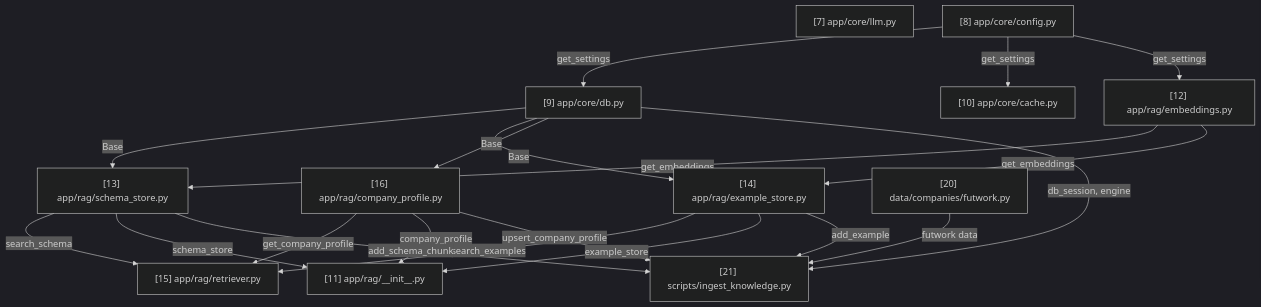
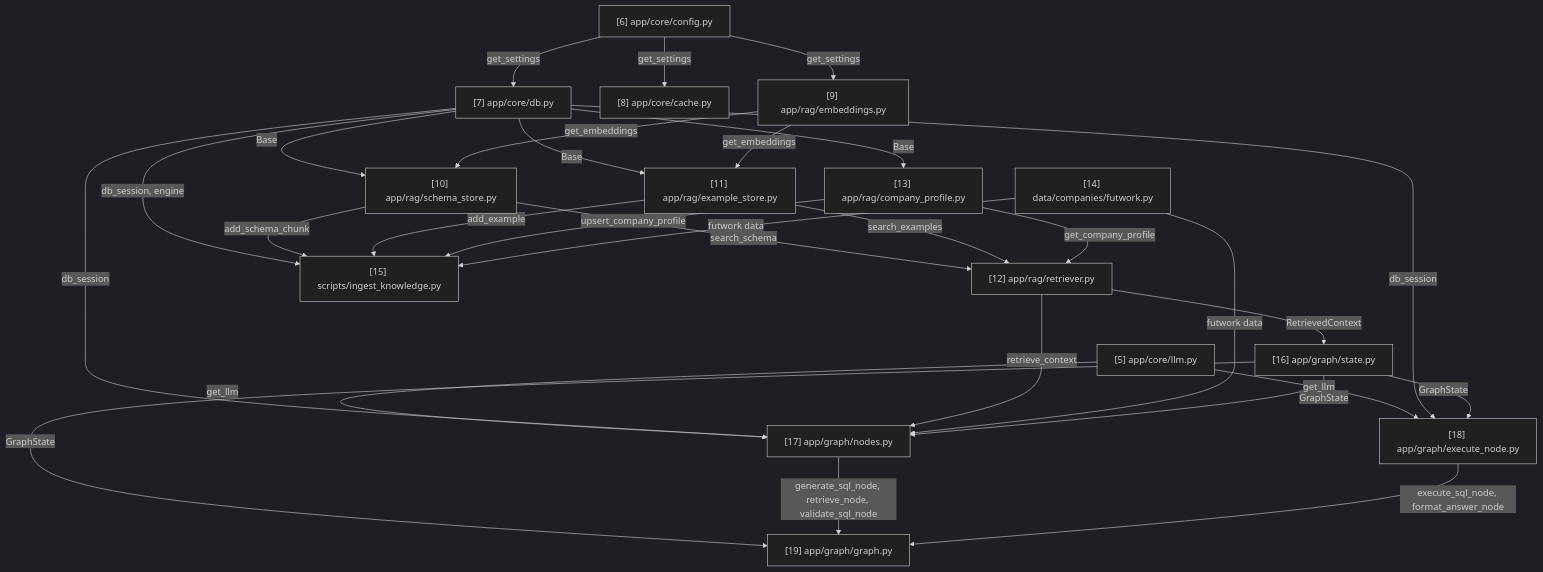
Before and after one commit to viplav-artha/rag-text-to-sql: the diagram in NOTES.md, drawn with Mermaid (dark theme). The commit also changed other lines of this file and 1 other file, not shown here.

````diff
--- a/NOTES.md
+++ b/NOTES.md
@@ -103,34 +102,46 @@
 ```mermaid
 graph TD
-    n1["[7] app/core/llm.py"]
-    n2["[8] app/core/config.py"]
-    n3["[9] app/core/db.py"]
+    n1["[5] app/core/llm.py"]
+    n2["[6] app/core/config.py"]
+    n3["[7] app/core/db.py"]
     n2 -->|get_settings| n3
-    n4["[10] app/core/cache.py"]
+    n4["[8] app/core/cache.py"]
     n2 -->|get_settings| n4
-    n5["[12] app/rag/embeddings.py"]
+    n5["[9] app/rag/embeddings.py"]
     n2 -->|get_settings| n5
-    n6["[13] app/rag/schema_store.py"]
+    n6["[10] app/rag/schema_store.py"]
     n3 -->|Base| n6
     n5 -->|get_embeddings| n6
-    n7["[14] app/rag/example_store.py"]
+    n7["[11] app/rag/example_store.py"]
     n3 -->|Base| n7
     n5 -->|get_embeddings| n7
-    n8["[15] app/rag/retriever.py"]
+    n8["[12] app/rag/retriever.py"]
     n6 -->|search_schema| n8
     n7 -->|search_examples| n8
-    n9["[16] app/rag/company_profile.py"]
+    n9["[13] app/rag/company_profile.py"]
     n3 -->|Base| n9
     n9 -->|get_company_profile| n8
-    n10["[11] app/rag/__init__.py"]
-    n9 -->|company_profile| n10
-    n7 -->|example_store| n10
-    n6 -->|schema_store| n10
-    n11["[20] data/companies/futwork.py"]
-    n12["[21] scripts/ingest_knowledge.py"]
-    n3 -->|db_session, engine| n12
-    n6 -->|add_schema_chunk| n12
-    n7 -->|add_example| n12
-    n9 -->|upsert_company_profile| n12
-    n11 -->|futwork data| n12
+    n10["[14] data/companies/futwork.py"]
+    n11["[15] scripts/ingest_knowledge.py"]
+    n3 -->|db_session, engine| n11
+    n6 -->|add_schema_chunk| n11
+    n7 -->|add_example| n11
+    n9 -->|upsert_company_profile| n11
+    n10 -->|futwork data| n11
+    n12["[16] app/graph/state.py"]
+    n8 -->|RetrievedContext| n12
+    n13["[17] app/graph/nodes.py"]
+    n1 -->|get_llm| n13
+    n3 -->|db_session| n13
+    n8 -->|retrieve_context| n13
+    n10 -->|futwork data| n13
+    n12 -->|GraphState| n13
+    n14["[18] app/graph/execute_node.py"]
+    n1 -->|get_llm| n14
+    n3 -->|db_session| n14
+    n12 -->|GraphState| n14
+    n15["[19] app/graph/graph.py"]
+    n12 -->|GraphState| n15
+    n13 -->|generate_sql_node, retrieve_node, validate_sql_node| n15
+    n14 -->|execute_sql_node, format_answer_node| n15
 ```
````
